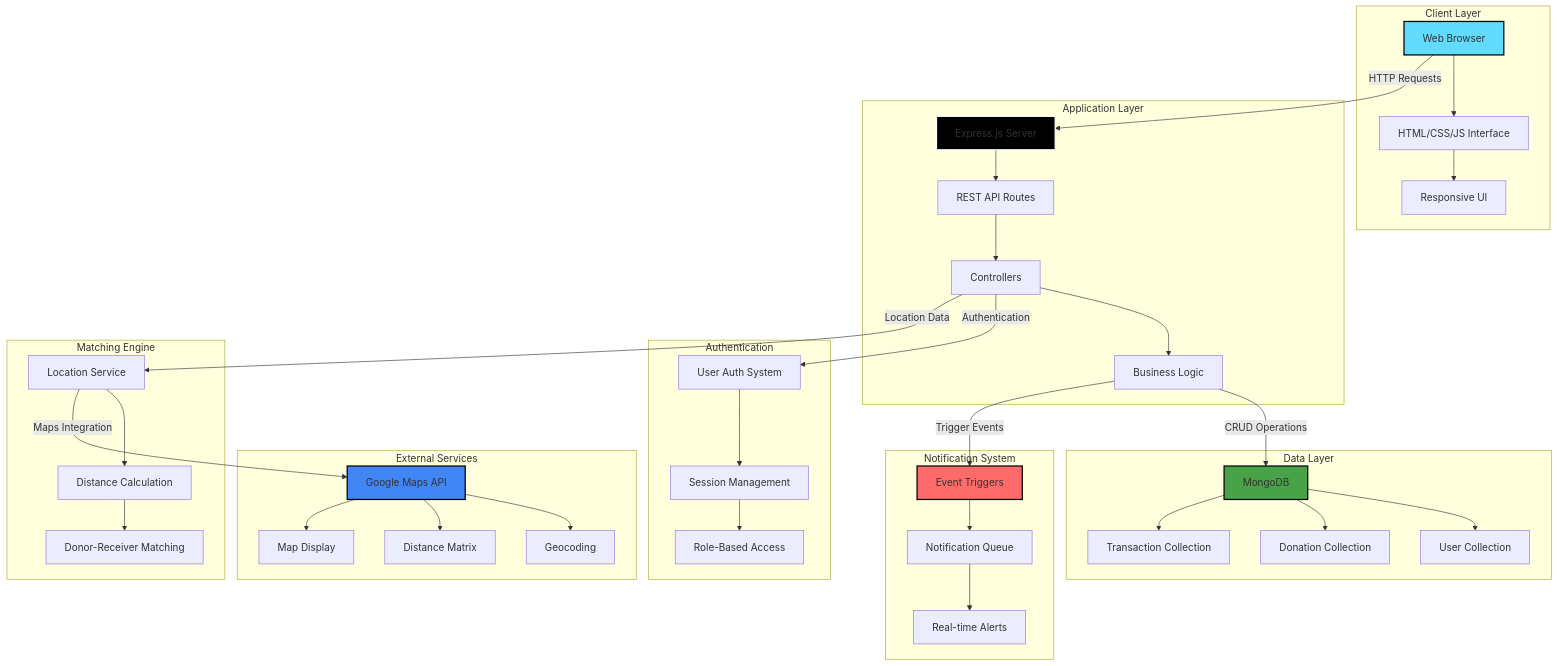
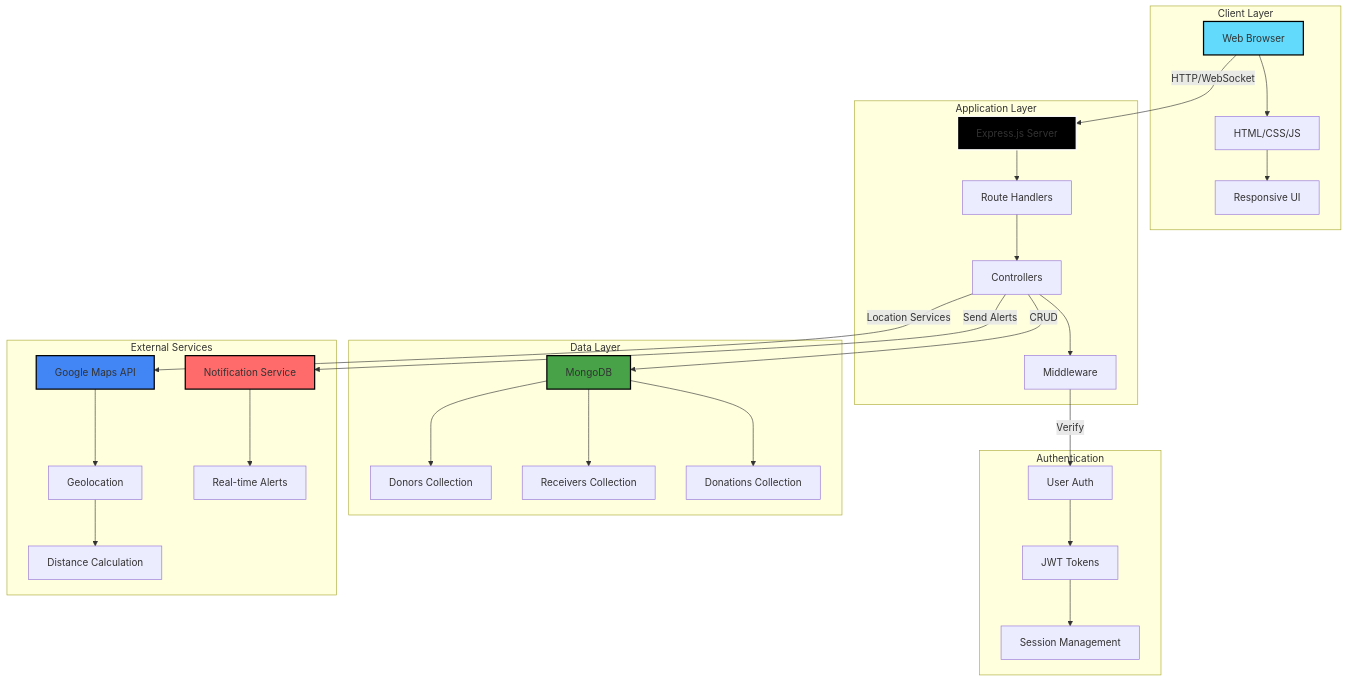
Before and after one commit to VAMSHIYADAV46/SHARE-PLATE: the diagram in README.md, drawn with Mermaid. The commit also changed other lines of this file, not shown here.

````diff
--- a/README.md
+++ b/README.md
@@ -102,53 +77,42 @@
 ```mermaid
 graph TB
     subgraph "Client Layer"
-        A[Web Browser] --> B[HTML/CSS/JS Interface]
+        A[Web Browser] --> B[HTML/CSS/JS]
         B --> C[Responsive UI]
     end
     
     subgraph "Application Layer"
-        D[Express.js Server] --> E[REST API Routes]
+        D[Express.js Server] --> E[Route Handlers]
         E --> F[Controllers]
-        F --> G[Business Logic]
+        F --> G[Middleware]
     end
     
     subgraph "Authentication"
-        H[User Auth System] --> I[Session Management]
-        I --> J[Role-Based Access]
-    end
-    
-    subgraph "Matching Engine"
-        K[Location Service] --> L[Distance Calculation]
-        L --> M[Donor-Receiver Matching]
+        H[User Auth] --> I[JWT Tokens]
+        I --> J[Session Management]
     end
     
     subgraph "Data Layer"
-        N[MongoDB] --> O[User Collection]
-        N --> P[Donation Collection]
-        N --> Q[Transaction Collection]
+        K[MongoDB] --> L[Donors Collection]
+        K --> M[Receivers Collection]
+        K --> N[Donations Collection]
     end
     
     subgraph "External Services"
-        R[Google Maps API] --> S[Geocoding]
-        R --> T[Distance Matrix]
-        R --> U[Map Display]
+        O[Google Maps API] --> P[Geolocation]
+        P --> Q[Distance Calculation]
+        R[Notification Service] --> S[Real-time Alerts]
     end
     
-    subgraph "Notification System"
-        V[Event Triggers] --> W[Notification Queue]
-        W --> X[Real-time Alerts]
-    end
-    
-    A -->|HTTP Requests| D
-    F -->|Authentication| H
-    F -->|Location Data| K
-    G -->|CRUD Operations| N
-    K -->|Maps Integration| R
-    G -->|Trigger Events| V
+    A -->|HTTP/WebSocket| D
+    G -->|Verify| H
+    F -->|CRUD| K
+    F -->|Location Services| O
+    F -->|Send Alerts| R
     
     style A fill:#61dafb,stroke:#000,stroke-width:2px
     style D fill:#000000,stroke:#fff,stroke-width:2px
-    style N fill:#47a248,stroke:#000,stroke-width:2px
-    style R fill:#4285f4,stroke:#000,stroke-width:2px
-    style V fill:#ff6b6b,stroke:#000,stroke-width:2px
+    style K fill:#47a248,stroke:#000,stroke-width:2px
+    style O fill:#4285f4,stroke:#000,stroke-width:2px
+    style R fill:#ff6b6b,stroke:#000,stroke-width:2px
 ```
````
